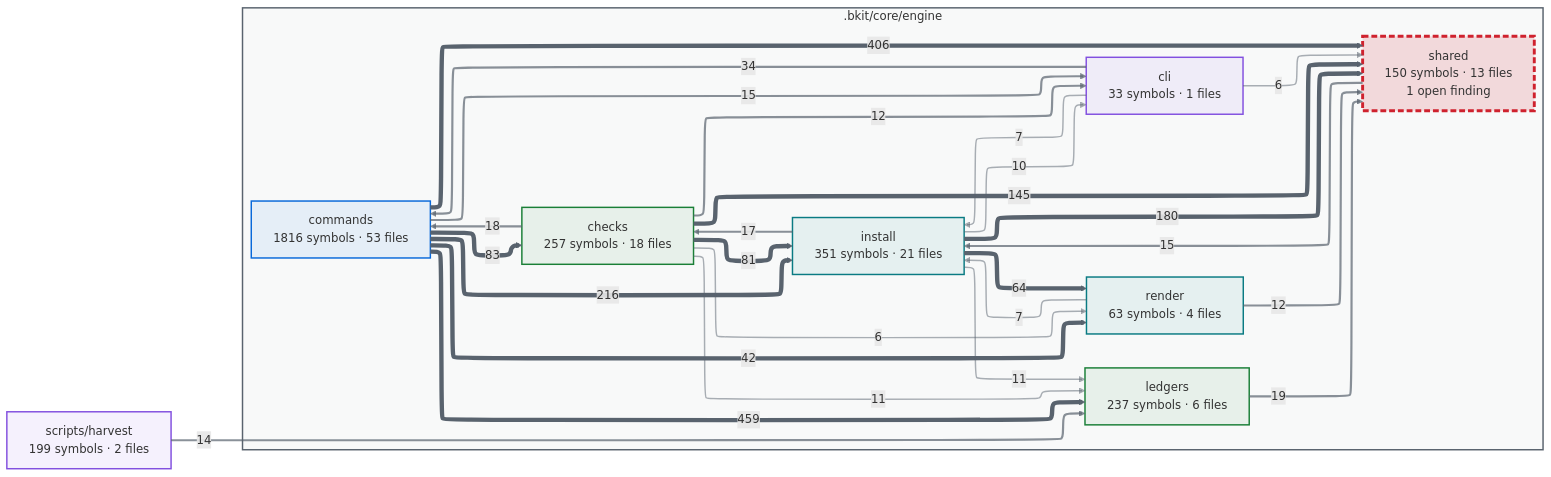
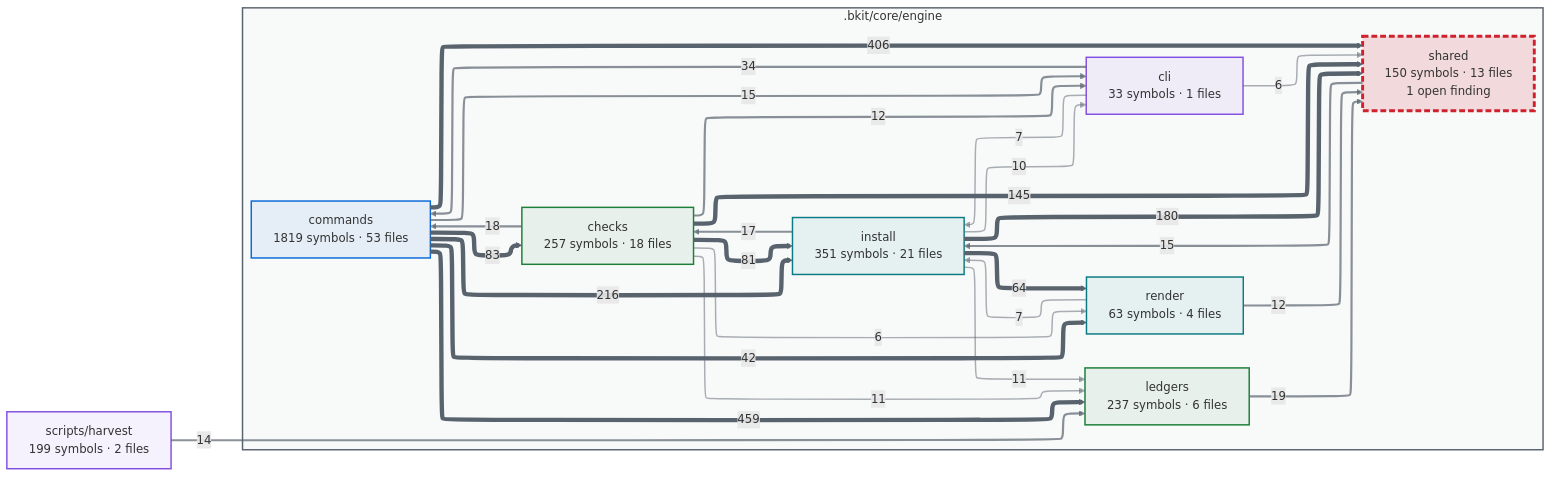
The first of 2 diagrams in docs/capabilities.md (cbartens/bkit), drawn with Mermaid before and after one commit. The commit also changed other lines of this file and 100 other files, not shown here.

````diff
--- a/docs/capabilities.md
+++ b/docs/capabilities.md
@@ -154,80 +154,80 @@
 ```mermaid
 ---
 config:
   layout: elk
   themeCSS: "marker { overflow: visible; } marker path { transform: scale(1.8); transform-origin: 5px 5px; }"
   flowchart:
     useMaxWidth: false
 ---
 flowchart LR
   %% Generated by bkit-graphify-rollup.py — do not edit
   subgraph gn_bkit_core_engine[".bkit/core/engine"]
     n_bkit_core_engine_checks["checks<br/>257 symbols · 18 files"]
     n_bkit_core_engine_cli["cli<br/>33 symbols · 1 files"]
-    n_bkit_core_engine_commands["commands<br/>1816 symbols · 53 files"]
+    n_bkit_core_engine_commands["commands<br/>1819 symbols · 53 files"]
     n_bkit_core_engine_install["install<br/>351 symbols · 21 files"]
     n_bkit_core_engine_ledgers["ledgers<br/>237 symbols · 6 files"]
     n_bkit_core_engine_render["render<br/>63 symbols · 4 files"]
     n_bkit_core_engine_shared["shared<br/>150 symbols · 13 files<br/>1 open finding"]
   end
   nscripts_harvest["scripts/harvest<br/>199 symbols · 2 files"]
   n_bkit_core_engine_commands -->|459| n_bkit_core_engine_ledgers
   n_bkit_core_engine_commands -->|406| n_bkit_core_engine_shared
   n_bkit_core_engine_commands -->|216| n_bkit_core_engine_install
   n_bkit_core_engine_install -->|180| n_bkit_core_engine_shared
   n_bkit_core_engine_checks -->|145| n_bkit_core_engine_shared
   n_bkit_core_engine_commands -->|83| n_bkit_core_engine_checks
   n_bkit_core_engine_checks -->|81| n_bkit_core_engine_install
   n_bkit_core_engine_install -->|64| n_bkit_core_engine_render
   n_bkit_core_engine_commands -->|42| n_bkit_core_engine_render
   n_bkit_core_engine_cli -->|34| n_bkit_core_engine_commands
   n_bkit_core_engine_ledgers -->|19| n_bkit_core_engine_shared
   n_bkit_core_engine_checks -->|18| n_bkit_core_engine_commands
   n_bkit_core_engine_install -->|17| n_bkit_core_engine_checks
   n_bkit_core_engine_shared -->|15| n_bkit_core_engine_install
   n_bkit_core_engine_commands -->|15| n_bkit_core_engine_cli
   nscripts_harvest -->|14| n_bkit_core_engine_ledgers
   n_bkit_core_engine_checks -->|12| n_bkit_core_engine_cli
   n_bkit_core_engine_render -->|12| n_bkit_core_engine_shared
   n_bkit_core_engine_checks -->|11| n_bkit_core_engine_ledgers
   n_bkit_core_engine_install -->|11| n_bkit_core_engine_ledgers
   n_bkit_core_engine_install -->|10| n_bkit_core_engine_cli
   n_bkit_core_engine_cli -->|7| n_bkit_core_engine_install
   n_bkit_core_engine_render -->|7| n_bkit_core_engine_install
   n_bkit_core_engine_checks -->|6| n_bkit_core_engine_render
   n_bkit_core_engine_cli -->|6| n_bkit_core_engine_shared
   style gn_bkit_core_engine fill:#59636e0a,stroke:#59636e,stroke-width:2px
   style n_bkit_core_engine_checks stroke:#1a7f37,stroke-width:2px,fill:#1a7f3714
   style n_bkit_core_engine_cli stroke:#8250df,stroke-width:2px,fill:#8250df14
   style n_bkit_core_engine_commands stroke:#0969da,stroke-width:2px,fill:#0969da14
   style n_bkit_core_engine_install stroke:#0a7b83,stroke-width:2px,fill:#0a7b8314
   style n_bkit_core_engine_ledgers stroke:#1a7f37,stroke-width:2px,fill:#1a7f3714
   style n_bkit_core_engine_render stroke:#0a7b83,stroke-width:2px,fill:#0a7b8314
   style n_bkit_core_engine_shared stroke:#cf222e,stroke-width:4px,stroke-dasharray:8 4,fill:#cf222e26
   style nscripts_harvest stroke:#8250df,stroke-width:2px,fill:#8250df14
   linkStyle 0 stroke:#59636e,stroke-width:6px
   linkStyle 1 stroke:#59636e,stroke-width:6px
   linkStyle 2 stroke:#59636e,stroke-width:6px
   linkStyle 3 stroke:#59636e,stroke-width:6px
   linkStyle 4 stroke:#59636e,stroke-width:6px
   linkStyle 5 stroke:#59636e,stroke-width:6px
   linkStyle 6 stroke:#59636e,stroke-width:6px
   linkStyle 7 stroke:#59636e,stroke-width:6px
   linkStyle 8 stroke:#59636e,stroke-width:6px
   linkStyle 9 stroke:#59636eb3,stroke-width:3px
   linkStyle 10 stroke:#59636eb3,stroke-width:3px
   linkStyle 11 stroke:#59636eb3,stroke-width:3px
   linkStyle 12 stroke:#59636eb3,stroke-width:3px
   linkStyle 13 stroke:#59636eb3,stroke-width:3px
   linkStyle 14 stroke:#59636eb3,stroke-width:3px
   linkStyle 15 stroke:#59636eb3,stroke-width:3px
   linkStyle 16 stroke:#59636eb3,stroke-width:3px
   linkStyle 17 stroke:#59636eb3,stroke-width:3px
   linkStyle 18 stroke:#59636e80,stroke-width:2px
   linkStyle 19 stroke:#59636e80,stroke-width:2px
   linkStyle 20 stroke:#59636e80,stroke-width:2px
   linkStyle 21 stroke:#59636e80,stroke-width:2px
   linkStyle 22 stroke:#59636e80,stroke-width:2px
   linkStyle 23 stroke:#59636e80,stroke-width:2px
   linkStyle 24 stroke:#59636e80,stroke-width:2px
 ```
````
